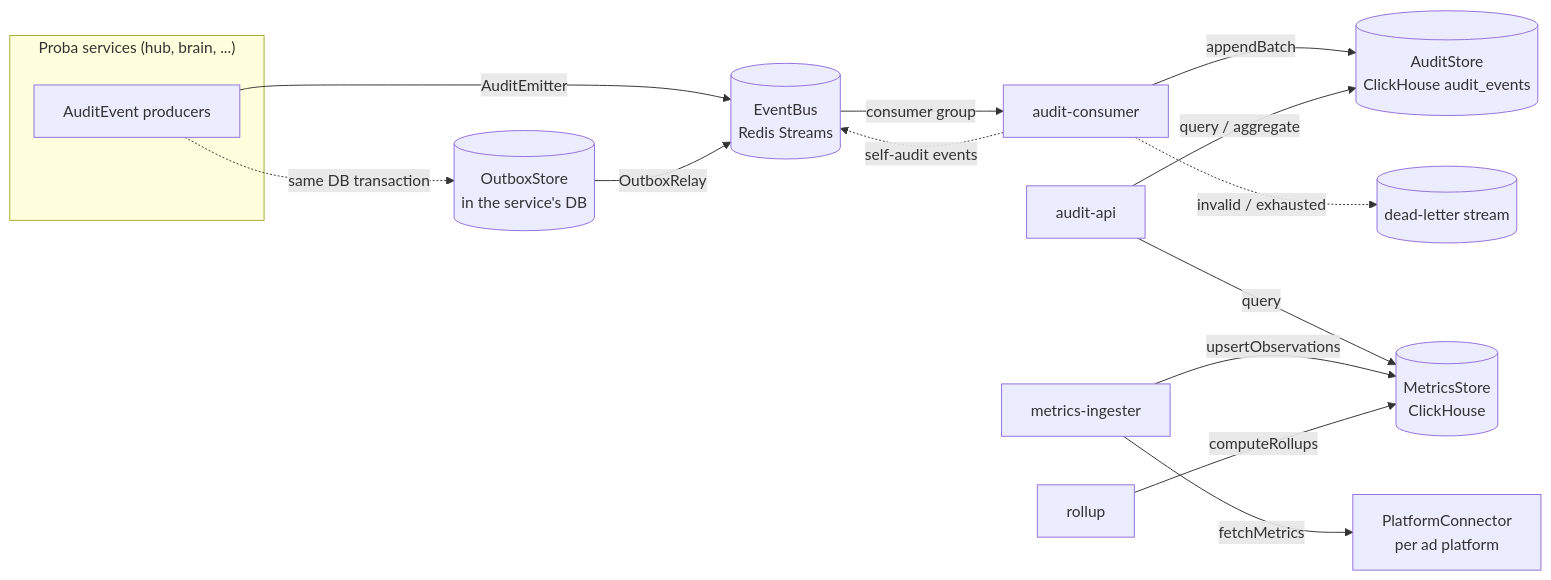
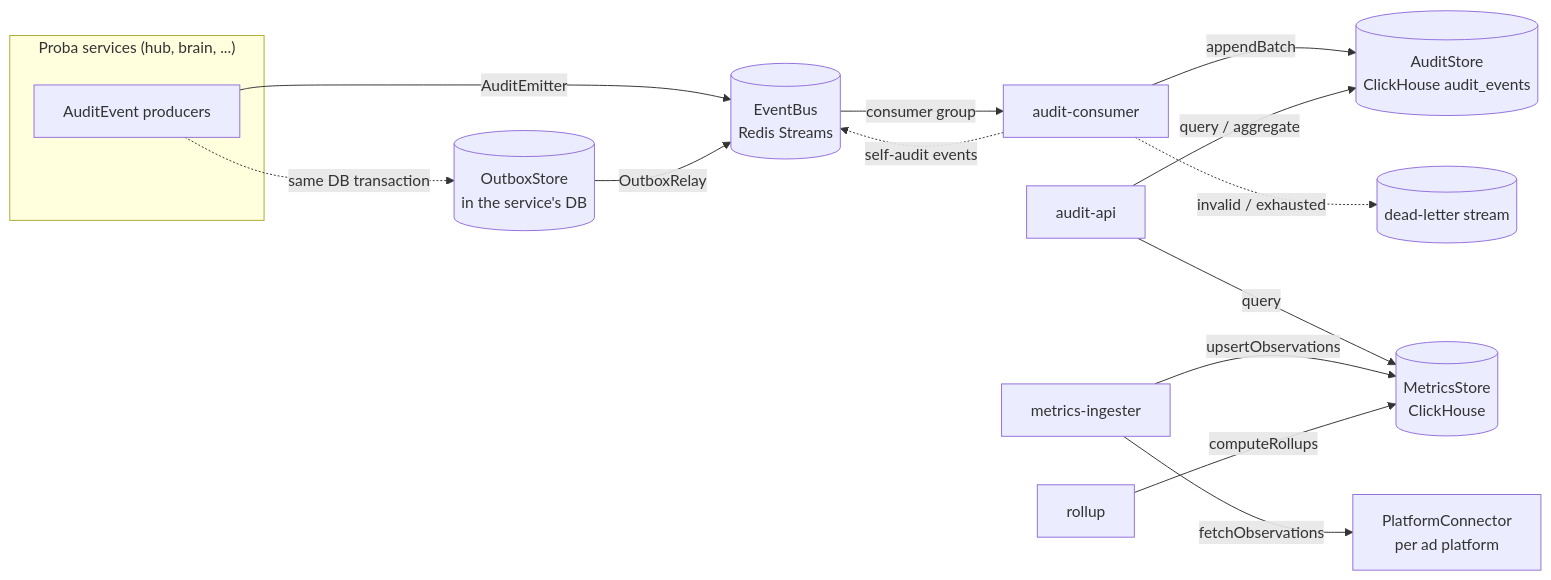
One commit to smallseedlabs/proba-audit changed the first of 2 diagrams in docs/ARCHITECTURE.md. Above: the diagram before and after it, drawn with Mermaid. The commit also changed other lines of this file and 62 other files, not shown here.

First line of the commit message:
feat(metrics): ingestion flow on the PlatformConnector port with a development data source (#4)

````diff
--- a/docs/ARCHITECTURE.md
+++ b/docs/ARCHITECTURE.md
@@ -34,18 +35,18 @@
 ```mermaid
 flowchart LR
   subgraph Services["Proba services (hub, brain, ...)"]
     P[AuditEvent producers]
   end
   P -- AuditEmitter --> BUS[(EventBus<br/>Redis Streams)]
   P -. same DB transaction .-> OB[(OutboxStore<br/>in the service's DB)]
   OB -- OutboxRelay --> BUS
   BUS -- consumer group --> C[audit-consumer]
   C -. self-audit events .-> BUS
   C -- appendBatch --> AS[(AuditStore<br/>ClickHouse audit_events)]
   C -. invalid / exhausted .-> DLQ[(dead-letter stream)]
   API[audit-api] -- query / aggregate --> AS
   API -- query --> MS[(MetricsStore<br/>ClickHouse)]
-  ING[metrics-ingester] -- fetchMetrics --> PC[PlatformConnector<br/>per ad platform]
+  ING[metrics-ingester] -- fetchObservations --> PC[PlatformConnector<br/>per ad platform]
   ING -- upsertObservations --> MS
   R[rollup] -- computeRollups --> MS
 ```
````
